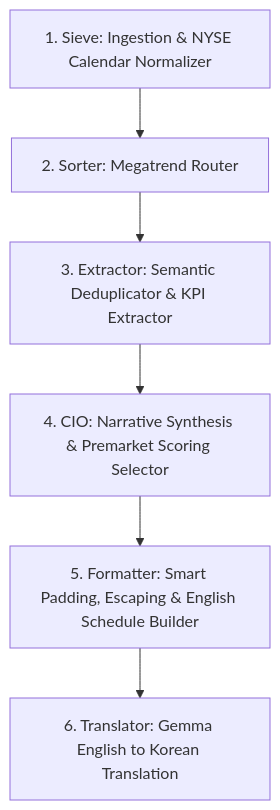
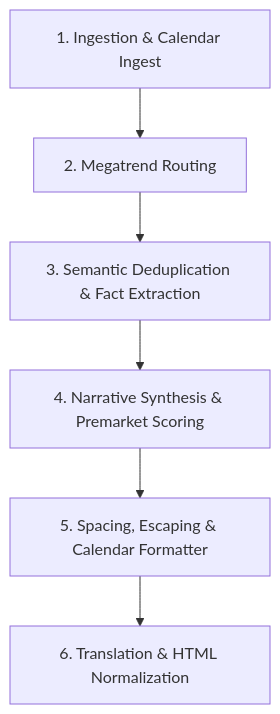
The diagram in README.md (buddy-proiectio/core), drawn with Mermaid before and after one commit. The commit also changed other lines of this file, not shown here.

````diff
--- a/README.md
+++ b/README.md
@@ -95,8 +74,8 @@
 ```mermaid
 graph TD
-    sieve[1. Sieve: Ingestion & NYSE Calendar Normalizer] --> sorter[2. Sorter: Megatrend Router]
-    sorter --> extractor[3. Extractor: Semantic Deduplicator & KPI Extractor]
-    extractor --> cio[4. CIO: Narrative Synthesis & Premarket Scoring Selector]
-    cio --> formatter[5. Formatter: Smart Padding, Escaping & English Schedule Builder]
-    formatter --> translator[6. Translator: Gemma English to Korean Translation]
+    sieve[1. Ingestion & Calendar Ingest] --> sorter[2. Megatrend Routing]
+    sorter --> extractor[3. Semantic Deduplication & Fact Extraction]
+    extractor --> cio[4. Narrative Synthesis & Premarket Scoring]
+    cio --> formatter[5. Spacing, Escaping & Calendar Formatter]
+    formatter --> translator[6. Translation & HTML Normalization]
 ```
````
